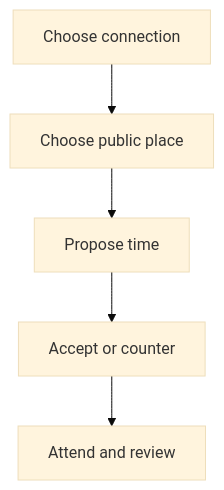
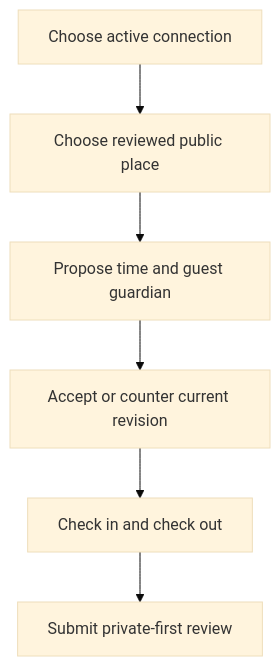
One commit to thams-geth/dogdating-api changed the diagram in docs/handovers/M10.md. Above: the diagram before and after it, drawn with Mermaid (base theme). The commit also changed other lines of this file and 13 other files, not shown here.

Commit message:
feat(meetups): add reviewed-place proposals attendance and delayed reviews

````diff
--- a/docs/handovers/M10.md
+++ b/docs/handovers/M10.md
@@ -15,12 +15,14 @@
 ```mermaid
 flowchart TD
-  S0["Choose connection"]
-  S1["Choose public place"]
-  S2["Propose time"]
-  S3["Accept or counter"]
-  S4["Attend and review"]
+  S0["Choose active connection"]
+  S1["Choose reviewed public place"]
+  S2["Propose time and guest guardian"]
+  S3["Accept or counter current revision"]
+  S4["Check in and check out"]
+  S5["Submit private-first review"]
   S0 --> S1
   S1 --> S2
   S2 --> S3
   S3 --> S4
+  S4 --> S5
 ```
````
